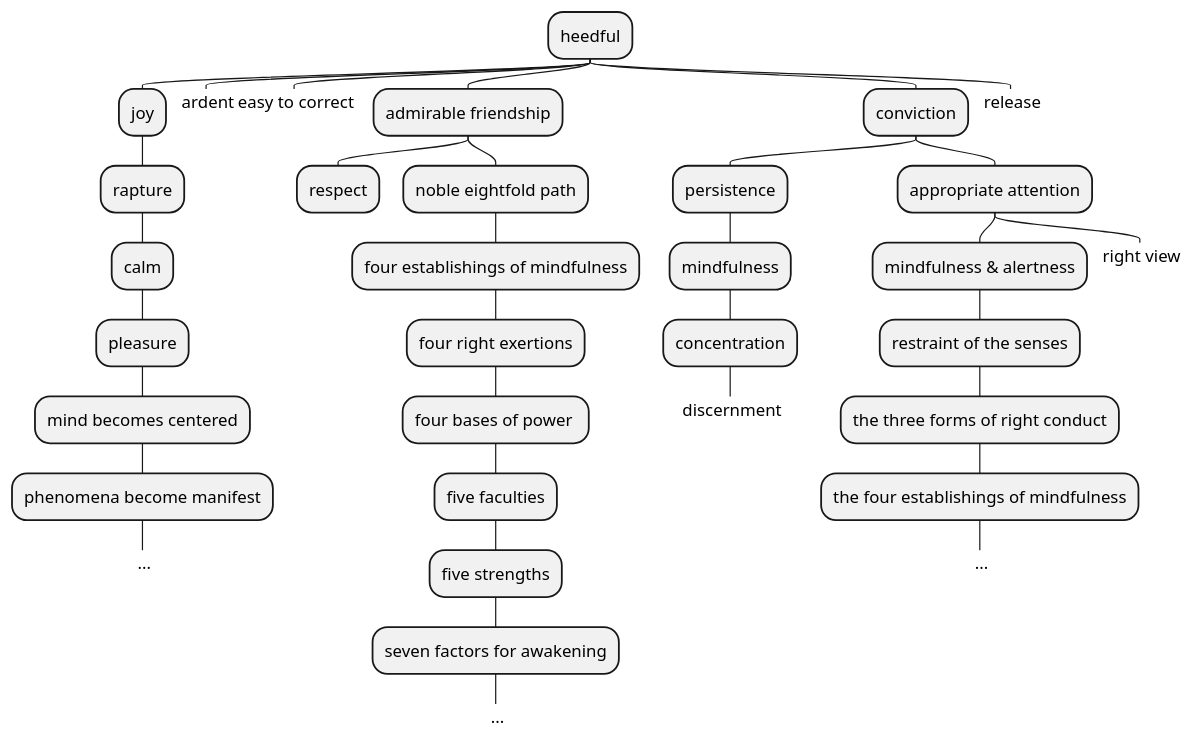
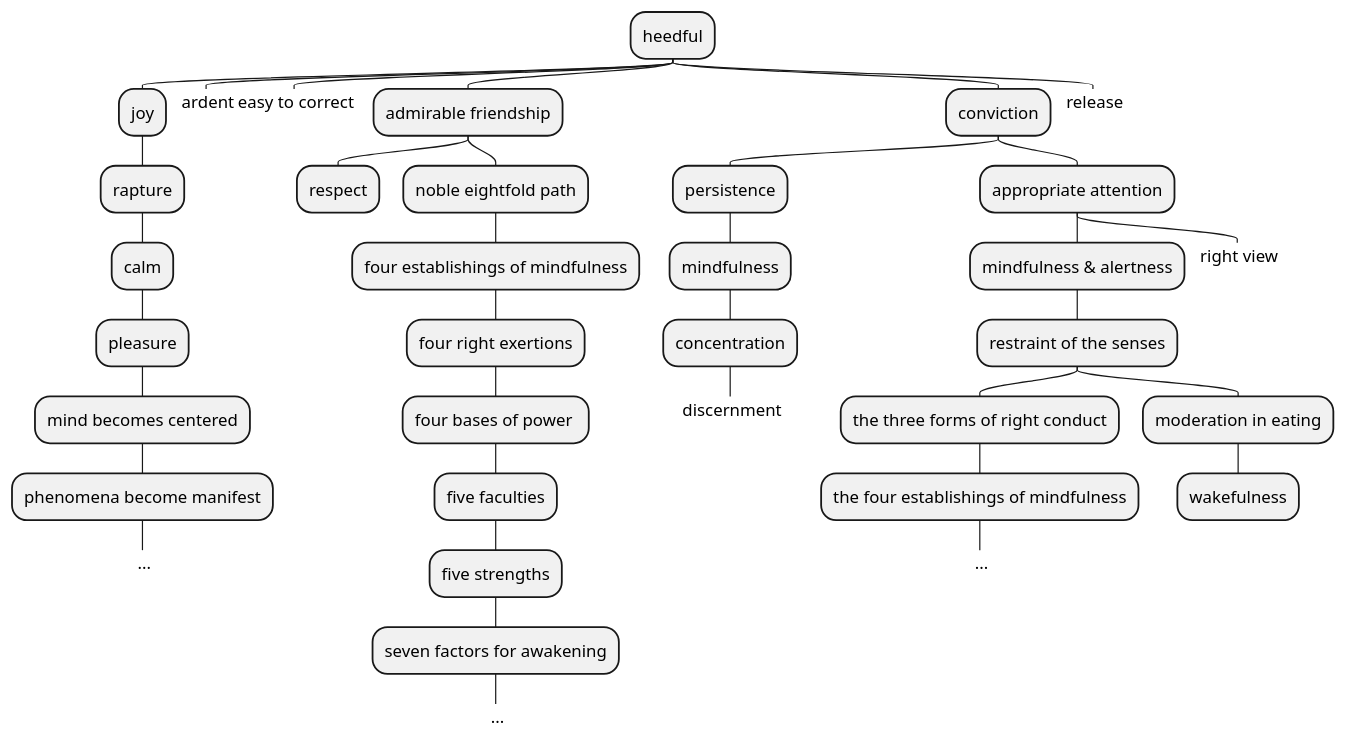
Before and after one commit to suttaplayer/dn34-PROGRESSING-BY-TENS: the sixth of 6 diagrams in notebookLM/guide/guide_to_writing_PBT_patterns.md, drawn with PlantUML. The commit also changed other lines of this file and 2 other files, not shown here.

Commit message:
- completed the heedfulness diagrams - renaming heedfulness pattern to Heedful, ardent & resolute

````diff
--- a/notebookLM/guide/guide_to_writing_PBT_patterns.md
+++ b/notebookLM/guide/guide_to_writing_PBT_patterns.md
@@ -613,38 +863,40 @@
 ```plantuml
 @startmindmap
 top to bottom direction
 * heedful
   * joy
     * rapture
       * calm
         * pleasure
           * mind becomes centered
             * phenomena become manifest
               *_ ...
   *_ ardent
   *_ easy to correct
   * admirable friendship
     * respect
     * noble eightfold path
       * four establishings of mindfulness
         * four right exertions
           * four bases of power 
             * five faculties
               * five strengths
                 * seven factors for awakening
                   *_ ...
   * conviction
     * persistence
       * mindfulness
         * concentration
           *_ discernment
     * appropriate attention
       * mindfulness & alertness
         * restraint of the senses
           * the three forms of right conduct
             * the four establishings of mindfulness
               *_ ...
+          * moderation in eating
+            * wakefulness
       *_ right view
   *_ release
 @endmindmap
 ```
````
